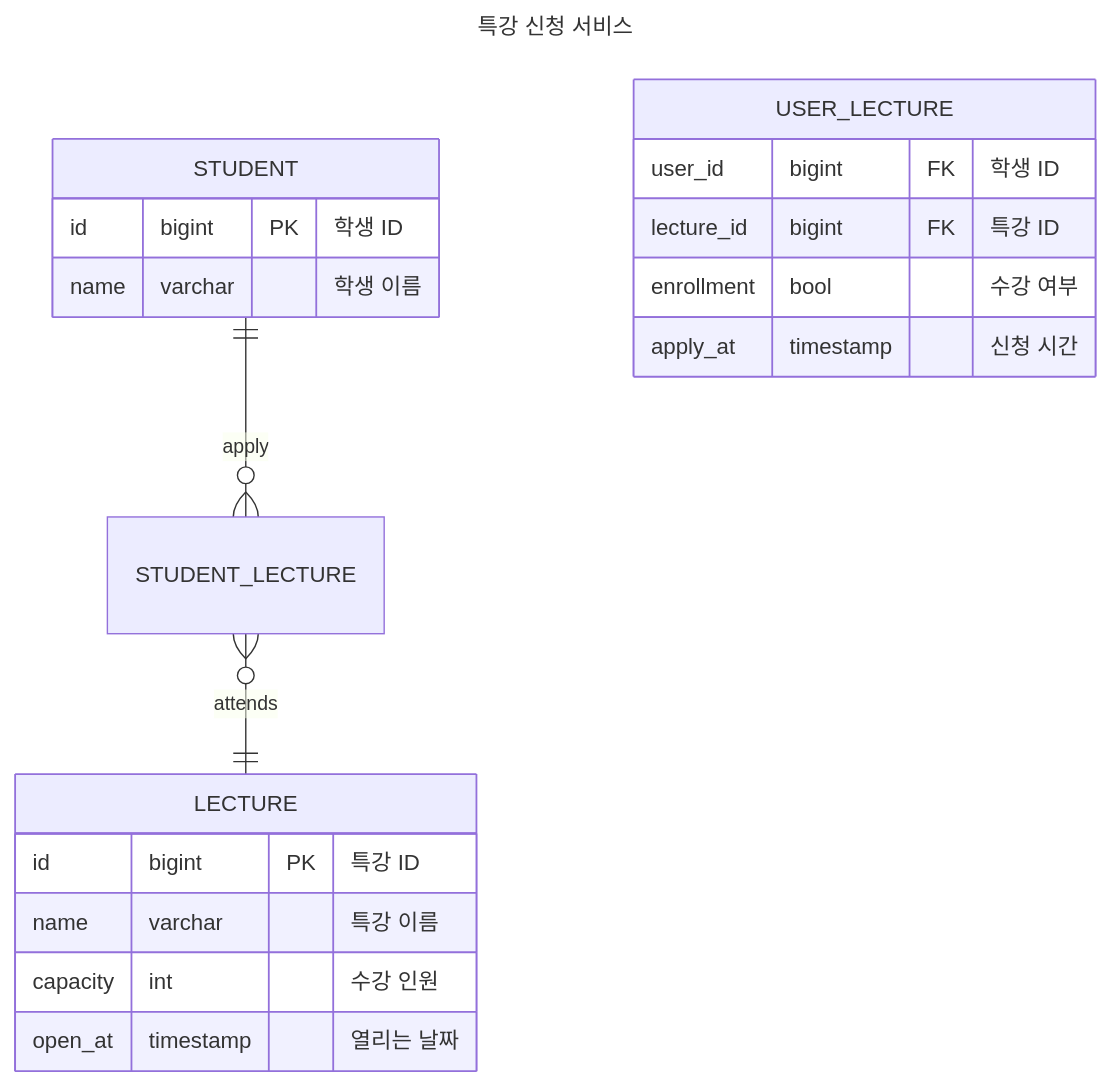
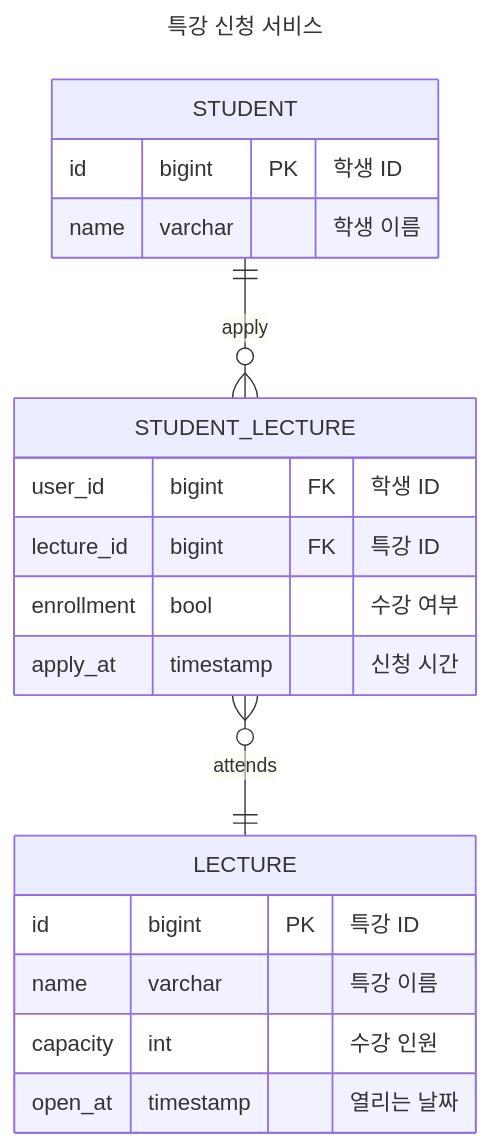
The diagram in README.md (adiospain/hhplus-lecture-apply-service-java), drawn with Mermaid before and after one commit. The commit also changed other lines of this file, not shown here.

````diff
--- a/README.md
+++ b/README.md
@@ -53,25 +19,25 @@
 ```mermaid
 ---
 title : 특강 신청 서비스
 ---
 erDiagram
     STUDENT {
         id bigint PK "학생 ID"
         name varchar "학생 이름"
     }
     LECTURE {
         id bigint PK "특강 ID"
         name varchar "특강 이름"
         capacity int "수강 인원"
         open_at timestamp "열리는 날짜"
     }
-    USER_LECTURE {
+    STUDENT_LECTURE {
         user_id bigint FK "학생 ID"
         lecture_id bigint FK "특강 ID"
         enrollment bool "수강 여부"
         apply_at timestamp "신청 시간"
     }
     
     STUDENT ||--o{ STUDENT_LECTURE : apply
     STUDENT_LECTURE }o--|| LECTURE : attends
 ```
````
